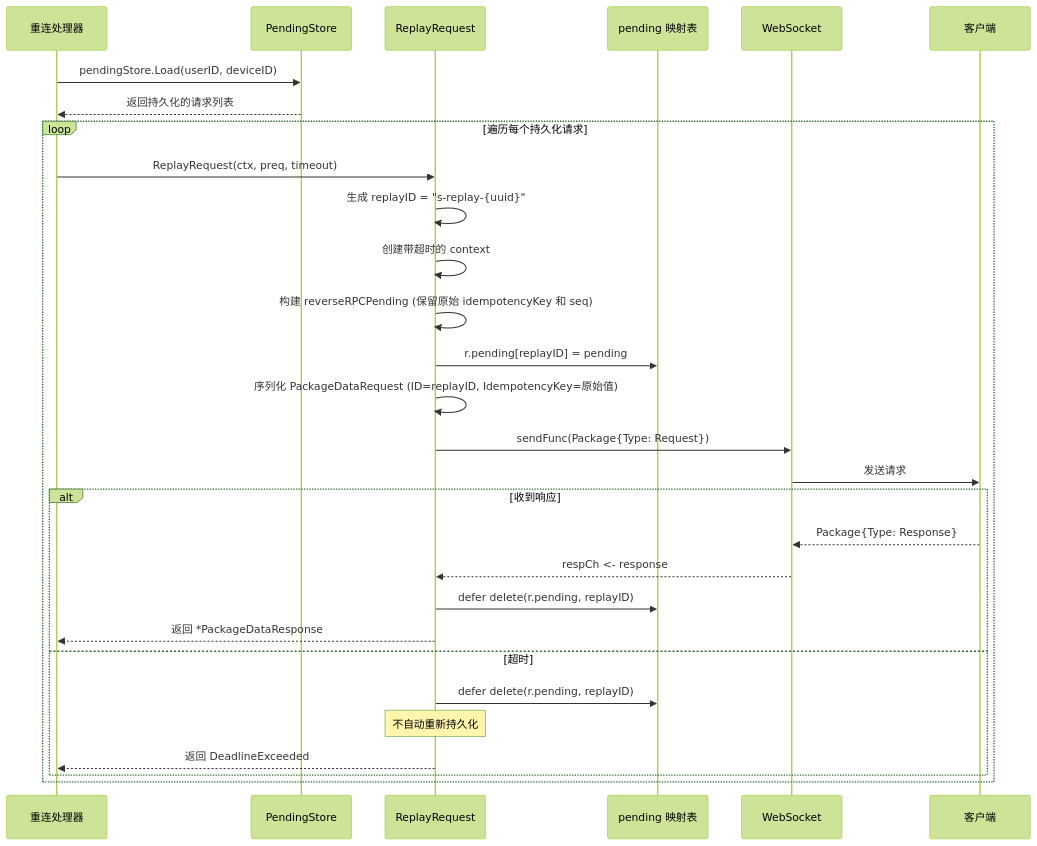
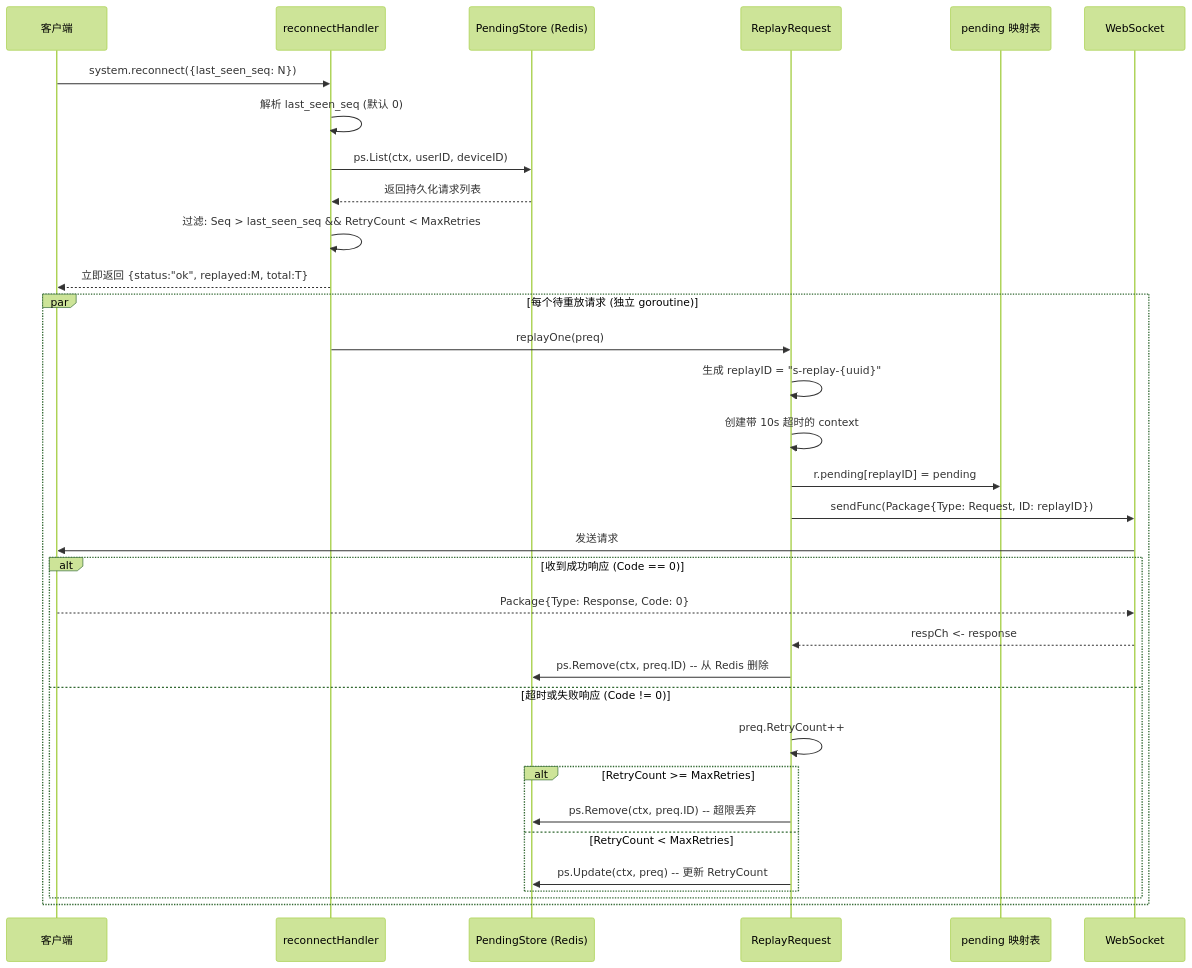
Before and after one commit to PineappleBond/xyncra-server: the eighth of 12 diagrams in wiki/flows/reverse-rpc.md, drawn with Mermaid (forest theme). The commit also changed other lines of this file and 16 other files, not shown here.

First line of the commit message:
docs(wiki): comprehensive review and fix of all flow documents

````diff
--- a/wiki/flows/reverse-rpc.md
+++ b/wiki/flows/reverse-rpc.md
@@ -482,35 +552,40 @@
 ```mermaid
 sequenceDiagram
-    participant RH as 重连处理器
-    participant Store as PendingStore
+    participant Client as 客户端
+    participant RH as reconnectHandler
+    participant Store as PendingStore (Redis)
     participant RR as ReplayRequest
     participant Pending as pending 映射表
     participant WS as WebSocket
-    participant Client as 客户端
 
-    RH->>Store: pendingStore.Load(userID, deviceID)
-    Store-->>RH: 返回持久化的请求列表
+    Client->>RH: system.reconnect({last_seen_seq: N})
+    RH->>RH: 解析 last_seen_seq (默认 0)
+    RH->>Store: ps.List(ctx, userID, deviceID)
+    Store-->>RH: 返回持久化请求列表
 
-    loop 遍历每个持久化请求
-        RH->>RR: ReplayRequest(ctx, preq, timeout)
+    RH->>RH: 过滤: Seq > last_seen_seq && RetryCount < MaxRetries
+
+    RH-->>Client: 立即返回 {status:"ok", replayed:M, total:T}
+
+    par 每个待重放请求 (独立 goroutine)
+        RH->>RR: replayOne(preq)
         RR->>RR: 生成 replayID = "s-replay-{uuid}"
-        RR->>RR: 创建带超时的 context
-        RR->>RR: 构建 reverseRPCPending (保留原始 idempotencyKey 和 seq)
-
+        RR->>RR: 创建带 10s 超时的 context
         RR->>Pending: r.pending[replayID] = pending
-        RR->>RR: 序列化 PackageDataRequest (ID=replayID, IdempotencyKey=原始值)
-        RR->>WS: sendFunc(Package{Type: Request})
+        RR->>WS: sendFunc(Package{Type: Request, ID: replayID})
         WS->>Client: 发送请求
 
-        alt 收到响应
-            Client-->>WS: Package{Type: Response}
+        alt 收到成功响应 (Code == 0)
+            Client-->>WS: Package{Type: Response, Code: 0}
             WS-->>RR: respCh <- response
-            RR->>Pending: defer delete(r.pending, replayID)
-            RR-->>RH: 返回 *PackageDataResponse
-        else 超时
-            RR->>Pending: defer delete(r.pending, replayID)
-            Note over RR: 不自动重新持久化
-            RR-->>RH: 返回 DeadlineExceeded
+            RR->>Store: ps.Remove(ctx, preq.ID) -- 从 Redis 删除
+        else 超时或失败响应 (Code != 0)
+            RR->>RR: preq.RetryCount++
+            alt RetryCount >= MaxRetries
+                RR->>Store: ps.Remove(ctx, preq.ID) -- 超限丢弃
+            else RetryCount < MaxRetries
+                RR->>Store: ps.Update(ctx, preq) -- 更新 RetryCount
+            end
         end
     end
 ```
````
